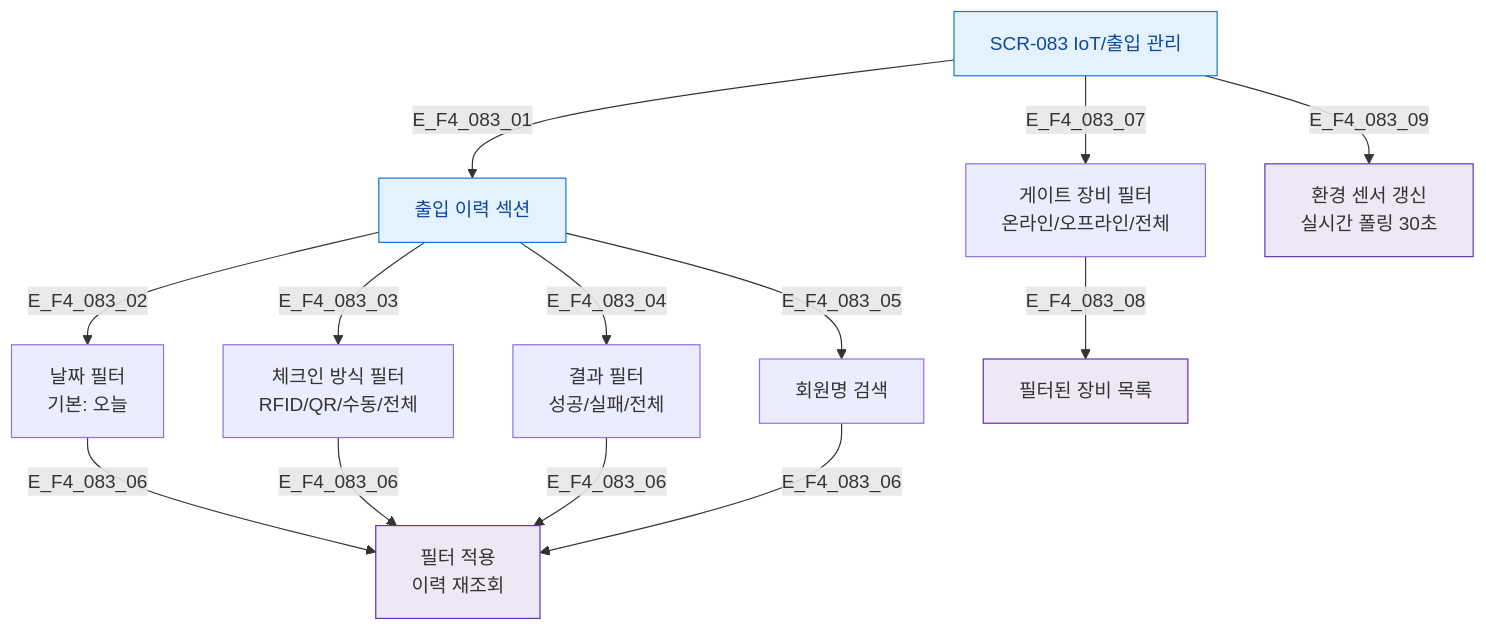
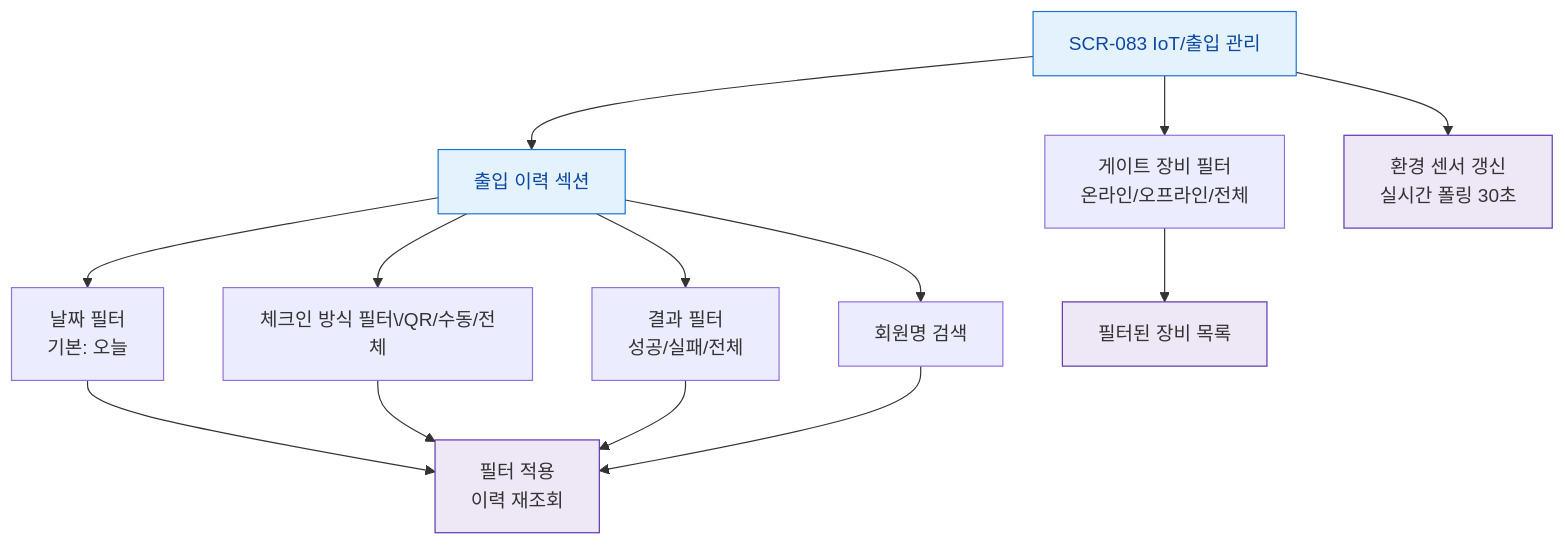
The diagram in docs/다이어그램/D09_설정관리/SCR-083_IoT출입관리/F4_필터검색정렬.md (dev-spogym/admin-pando), drawn with Mermaid before and after one commit. The commit also changed other lines of this file and 1660 other files, not shown here.

First line of the commit message:
다이어그램: 기획자/클라이언트 납품본으로 정리

````diff
--- a/docs/다이어그램/D09_설정관리/SCR-083_IoT출입관리/F4_필터검색정렬.md
+++ b/docs/다이어그램/D09_설정관리/SCR-083_IoT출입관리/F4_필터검색정렬.md
@@ -14,22 +12,22 @@
 ```mermaid
 flowchart TD
     SCR083[SCR-083 IoT/출입 관리]
 
-    SCR083 -->|E_F4_083_01| LogSection[출입 이력 섹션]
-    LogSection -->|E_F4_083_02| DateFilter[날짜 필터\n기본: 오늘]
-    LogSection -->|E_F4_083_03| MethodFilter[체크인 방식 필터\nRFID/QR/수동/전체]
-    LogSection -->|E_F4_083_04| ResultFilter[결과 필터\n성공/실패/전체]
-    LogSection -->|E_F4_083_05| SearchMember[회원명 검색]
+    SCR083 --> LogSection[출입 이력 섹션]
+    LogSection --> DateFilter[날짜 필터\n기본: 오늘]
+    LogSection --> MethodFilter[체크인 방식 필터\/QR/수동/전체]
+    LogSection --> ResultFilter[결과 필터\n성공/실패/전체]
+    LogSection --> SearchMember[회원명 검색]
 
-    DateFilter & MethodFilter & ResultFilter & SearchMember -->|E_F4_083_06| FilterApply[필터 적용\n이력 재조회]
+    DateFilter & MethodFilter & ResultFilter & SearchMember --> FilterApply[필터 적용\n이력 재조회]
 
-    SCR083 -->|E_F4_083_07| GateFilter[게이트 장비 필터\n온라인/오프라인/전체]
-    GateFilter -->|E_F4_083_08| GateList[필터된 장비 목록]
+    SCR083 --> GateFilter[게이트 장비 필터\n온라인/오프라인/전체]
+    GateFilter --> GateList[필터된 장비 목록]
 
-    SCR083 -->|E_F4_083_09| EnvRefresh[환경 센서 갱신\n실시간 폴링 30초]
+    SCR083 --> EnvRefresh[환경 센서 갱신\n실시간 폴링 30초]
 
     classDef screen fill:#E3F2FD,stroke:#1976D2,color:#0D47A1
     classDef system fill:#EDE7F6,stroke:#5E35B2
     class SCR083,LogSection screen
     class FilterApply,GateList,EnvRefresh system
 ```
````
